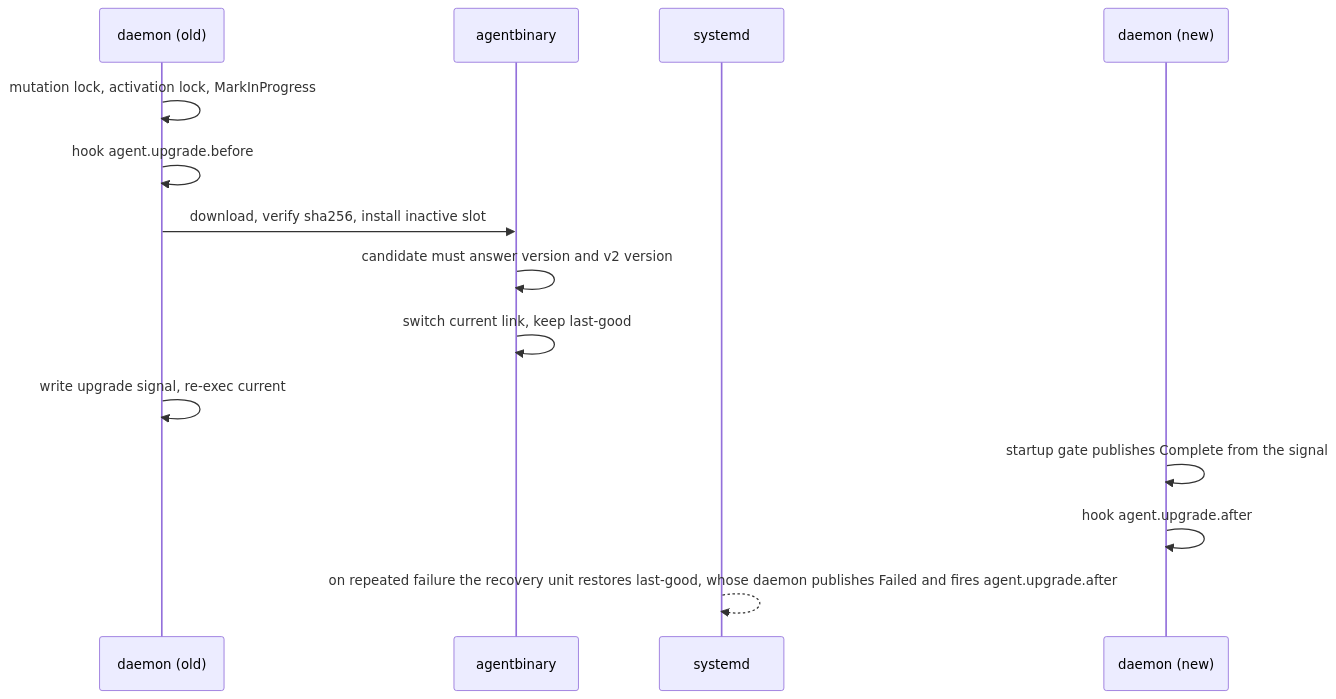
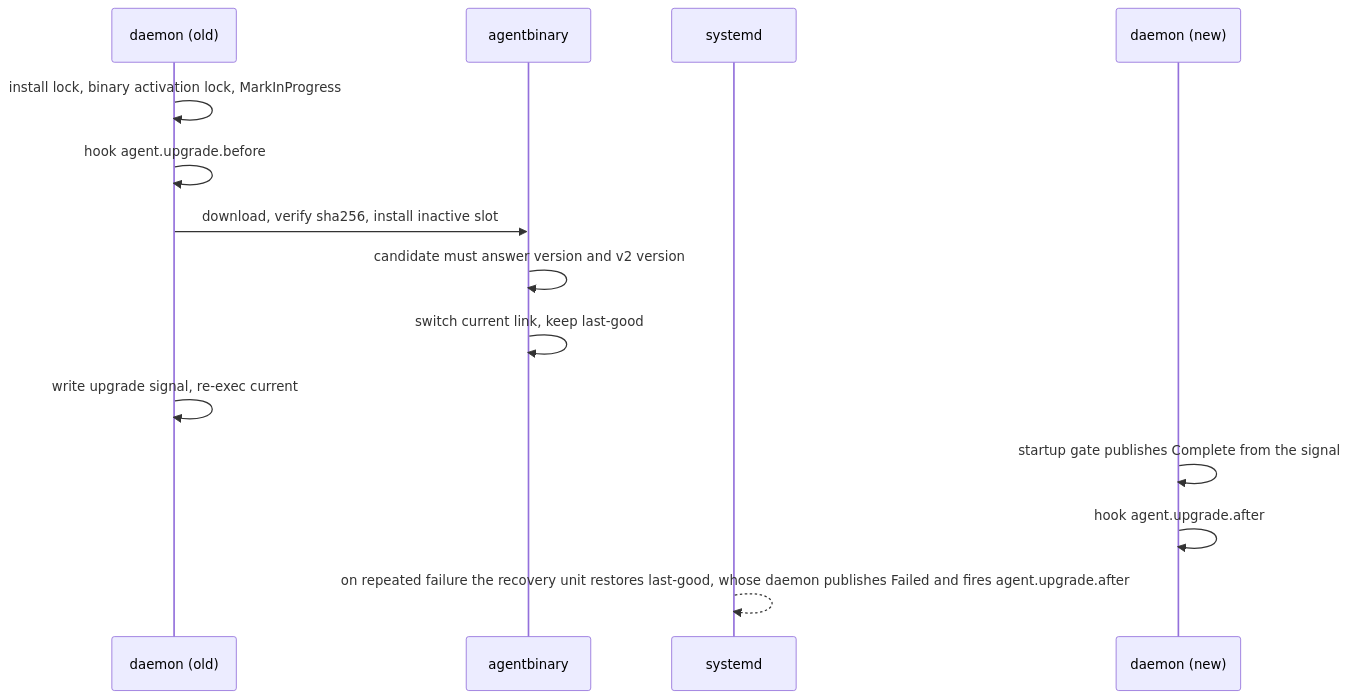
One commit to Azure/unbounded changed the eighth of 13 diagrams in designs/agent-v2.md. Above: the diagram before and after it, drawn with Mermaid. The commit also changed other lines of this file, not shown here.

````diff
--- a/designs/agent-v2.md
+++ b/designs/agent-v2.md
@@ -1159,16 +1177,16 @@
 ```mermaid
 sequenceDiagram
   participant D as daemon (old)
   participant AB as agentbinary
   participant SD as systemd
   participant N as daemon (new)
-  D->>D: mutation lock, activation lock, MarkInProgress
+  D->>D: install lock, binary activation lock, MarkInProgress
   D->>D: hook agent.upgrade.before
   D->>AB: download, verify sha256, install inactive slot
   AB->>AB: candidate must answer version and v2 version
   AB->>AB: switch current link, keep last-good
   D->>D: write upgrade signal, re-exec current
   N->>N: startup gate publishes Complete from the signal
   N->>N: hook agent.upgrade.after
   SD-->>SD: on repeated failure the recovery unit restores last-good, whose daemon publishes Failed and fires agent.upgrade.after
 ```
````
